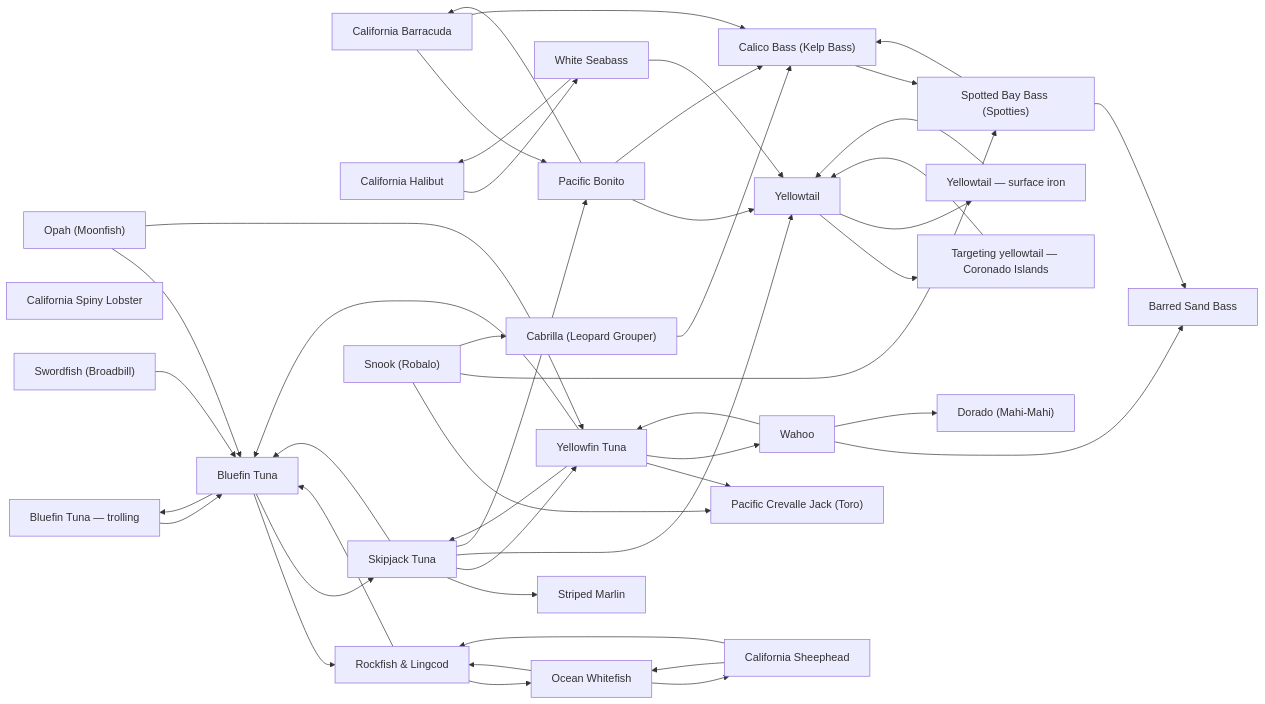
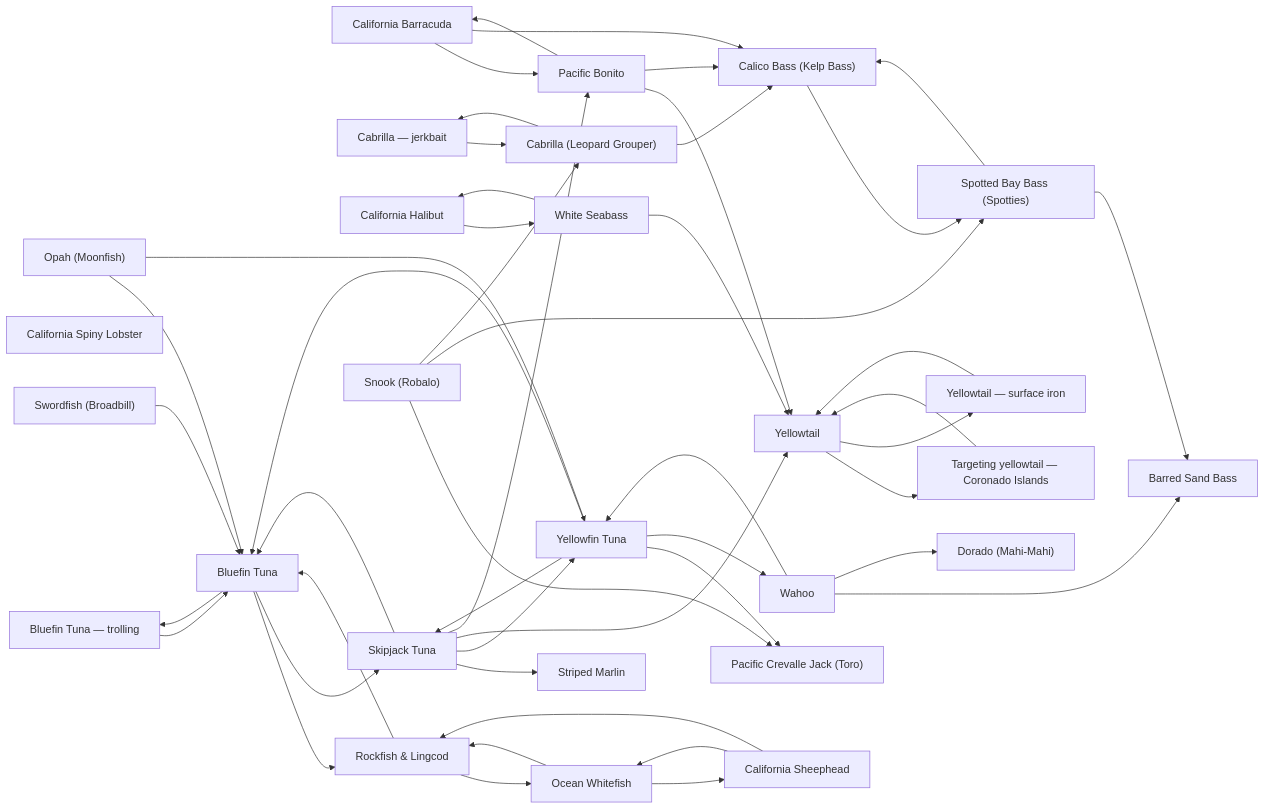
The diagram in species/README.md (camchuckpete-max/Socal-Fishing-Knowledge), drawn with Mermaid before and after one commit. The commit also changed other lines of this file and 11 other files, not shown here.

Commit message:
review: relocate species/cabrilla.md → species/cabrilla-jerkbait.md

````diff
--- a/species/README.md
+++ b/species/README.md
@@ -42,73 +43,76 @@
 ```mermaid
 graph LR
   n0["California Barracuda"]
   n1["Bluefin Tuna — trolling"]
   n2["Bluefin Tuna"]
   n3["Pacific Bonito"]
-  n4["Cabrilla (Leopard Grouper)"]
-  n5["Calico Bass (Kelp Bass)"]
-  n6["California Halibut"]
-  n7["California Spiny Lobster"]
-  n8["Dorado (Mahi-Mahi)"]
-  n9["Ocean Whitefish"]
-  n10["Opah (Moonfish)"]
-  n11["Pacific Crevalle Jack (Toro)"]
-  n12["Rockfish & Lingcod"]
-  n13["Barred Sand Bass"]
-  n14["California Sheephead"]
-  n15["Skipjack Tuna"]
-  n16["Snook (Robalo)"]
-  n17["Spotted Bay Bass (Spotties)"]
-  n18["Striped Marlin"]
-  n19["Swordfish (Broadbill)"]
-  n20["Wahoo"]
-  n21["White Seabass"]
-  n22["Yellowfin Tuna"]
-  n23["Targeting yellowtail — Coronado Islands"]
-  n24["Yellowtail — surface iron"]
-  n25["Yellowtail"]
+  n4["Cabrilla — jerkbait"]
+  n5["Cabrilla (Leopard Grouper)"]
+  n6["Calico Bass (Kelp Bass)"]
+  n7["California Halibut"]
+  n8["California Spiny Lobster"]
+  n9["Dorado (Mahi-Mahi)"]
+  n10["Ocean Whitefish"]
+  n11["Opah (Moonfish)"]
+  n12["Pacific Crevalle Jack (Toro)"]
+  n13["Rockfish & Lingcod"]
+  n14["Barred Sand Bass"]
+  n15["California Sheephead"]
+  n16["Skipjack Tuna"]
+  n17["Snook (Robalo)"]
+  n18["Spotted Bay Bass (Spotties)"]
+  n19["Striped Marlin"]
+  n20["Swordfish (Broadbill)"]
+  n21["Wahoo"]
+  n22["White Seabass"]
+  n23["Yellowfin Tuna"]
+  n24["Targeting yellowtail — Coronado Islands"]
+  n25["Yellowtail — surface iron"]
+  n26["Yellowtail"]
   n0 --> n3
-  n0 --> n5
+  n0 --> n6
   n1 --> n2
-  n10 --> n2
-  n10 --> n22
-  n12 --> n2
-  n12 --> n9
-  n14 --> n12
-  n14 --> n9
-  n15 --> n18
-  n15 --> n2
-  n15 --> n22
-  n15 --> n25
-  n15 --> n3
-  n16 --> n11
-  n16 --> n17
-  n16 --> n4
-  n17 --> n13
+  n10 --> n13
+  n10 --> n15
+  n11 --> n2
+  n11 --> n23
+  n13 --> n10
+  n13 --> n2
+  n15 --> n10
+  n15 --> n13
+  n16 --> n19
+  n16 --> n2
+  n16 --> n23
+  n16 --> n26
+  n16 --> n3
+  n17 --> n12
+  n17 --> n18
   n17 --> n5
-  n19 --> n2
+  n18 --> n14
+  n18 --> n6
   n2 --> n1
-  n2 --> n12
-  n2 --> n15
-  n20 --> n13
-  n20 --> n22
-  n20 --> n8
-  n21 --> n25
-  n21 --> n6
-  n22 --> n11
-  n22 --> n15
-  n22 --> n2
-  n22 --> n20
-  n23 --> n25
-  n24 --> n25
-  n25 --> n23
-  n25 --> n24
+  n2 --> n13
+  n2 --> n16
+  n20 --> n2
+  n21 --> n14
+  n21 --> n23
+  n21 --> n9
+  n22 --> n26
+  n22 --> n7
+  n23 --> n12
+  n23 --> n16
+  n23 --> n2
+  n23 --> n21
+  n24 --> n26
+  n25 --> n26
+  n26 --> n24
+  n26 --> n25
   n3 --> n0
-  n3 --> n25
-  n3 --> n5
+  n3 --> n26
+  n3 --> n6
   n4 --> n5
-  n5 --> n17
-  n6 --> n21
-  n9 --> n12
-  n9 --> n14
+  n5 --> n4
+  n5 --> n6
+  n6 --> n18
+  n7 --> n22
 ```
````
